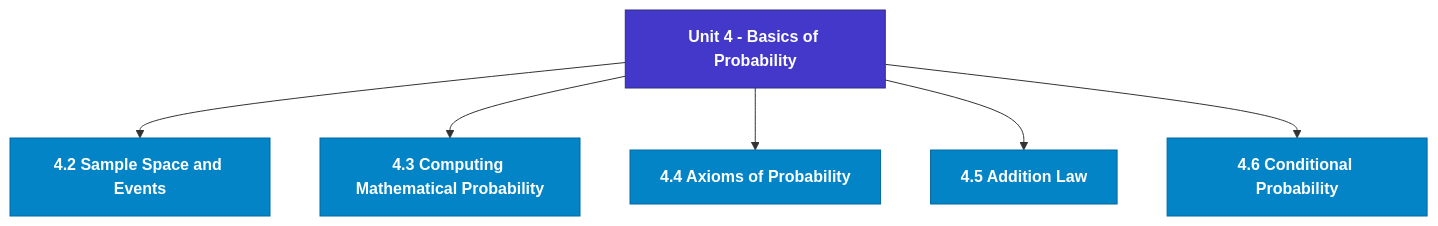
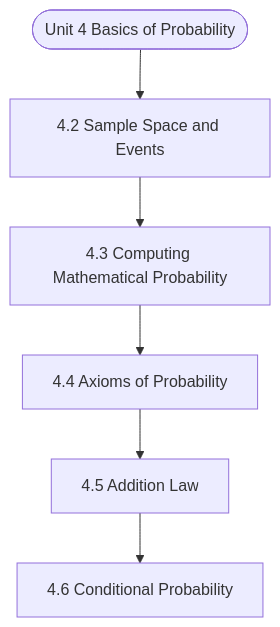
The diagram in notes/Semester_2/MCS-066_Mathematical_Foundations_-_II/unit_04_Basics_of_Probability.md (Asutosh-Coaching/mscdsa), drawn with Mermaid before and after one commit. The commit also changed other lines of this file and 115 other files, not shown here.

Commit message:
Fix Mermaid layout for mobile, isolate LaTeX delimiters, and add GitHub Pages reader

````diff
--- a/notes/Semester_2/MCS-066_Mathematical_Foundations_-_II/unit_04_Basics_of_Probability.md
+++ b/notes/Semester_2/MCS-066_Mathematical_Foundations_-_II/unit_04_Basics_of_Probability.md
@@ -19,19 +19,14 @@
 ```mermaid
 flowchart TD
-  %% Styling Definitions
-  classDef head fill:#4338ca,stroke:#312e81,color:#ffffff,font-weight:bold;
-  classDef topic fill:#0284c7,stroke:#0369a1,color:#ffffff,font-weight:600;
-  classDef sub fill:#1e293b,stroke:#475569,color:#f8fafc;
-
-  Root["Unit 4 - Basics of Probability"]:::head
-  M1["4.2 Sample Space and Events"]:::topic
-  Root --> M1
-  M2["4.3 Computing Mathematical Probability"]:::topic
-  Root --> M2
-  M3["4.4 Axioms of Probability"]:::topic
-  Root --> M3
-  M4["4.5 Addition Law"]:::topic
-  Root --> M4
-  M5["4.6 Conditional Probability"]:::topic
-  Root --> M5
+  Start(["Unit 4 Basics of Probability"])
+  N1["4.2 Sample Space and Events"]
+  N2["4.3 Computing Mathematical Probability"]
+  N3["4.4 Axioms of Probability"]
+  N4["4.5 Addition Law"]
+  N5["4.6 Conditional Probability"]
+  Start --> N1
+  N1 --> N2
+  N2 --> N3
+  N3 --> N4
+  N4 --> N5
 ```
````
